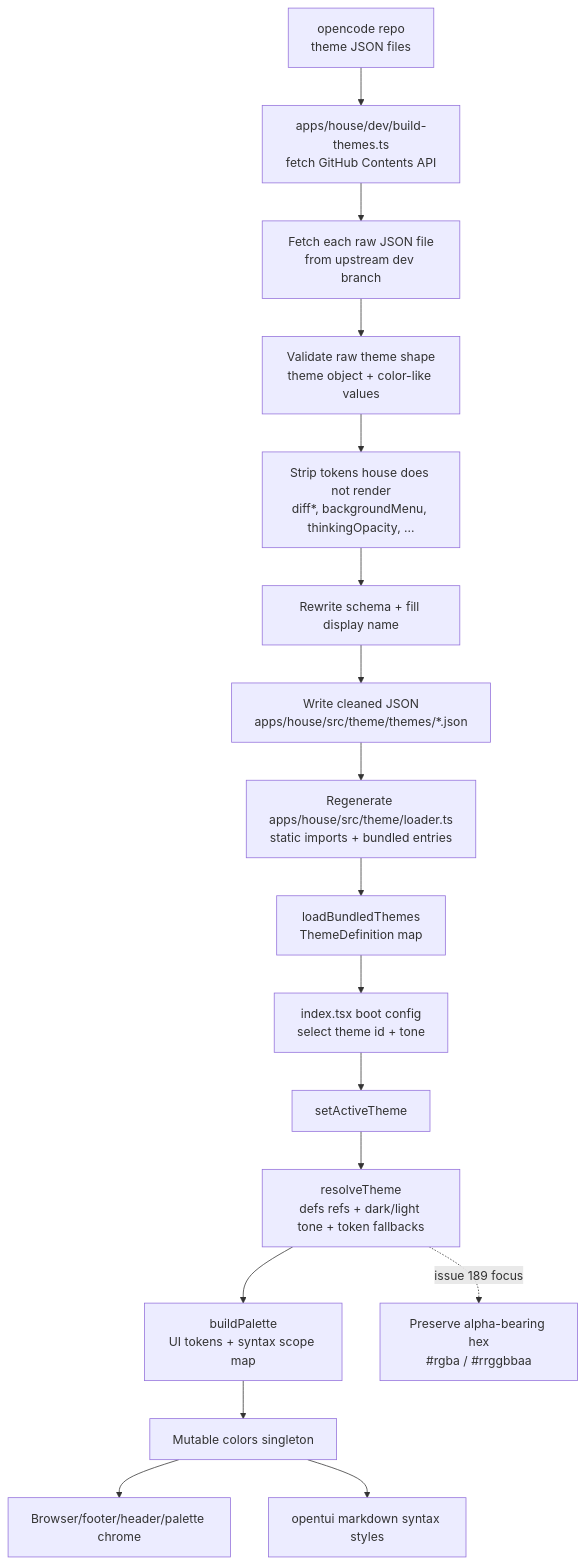
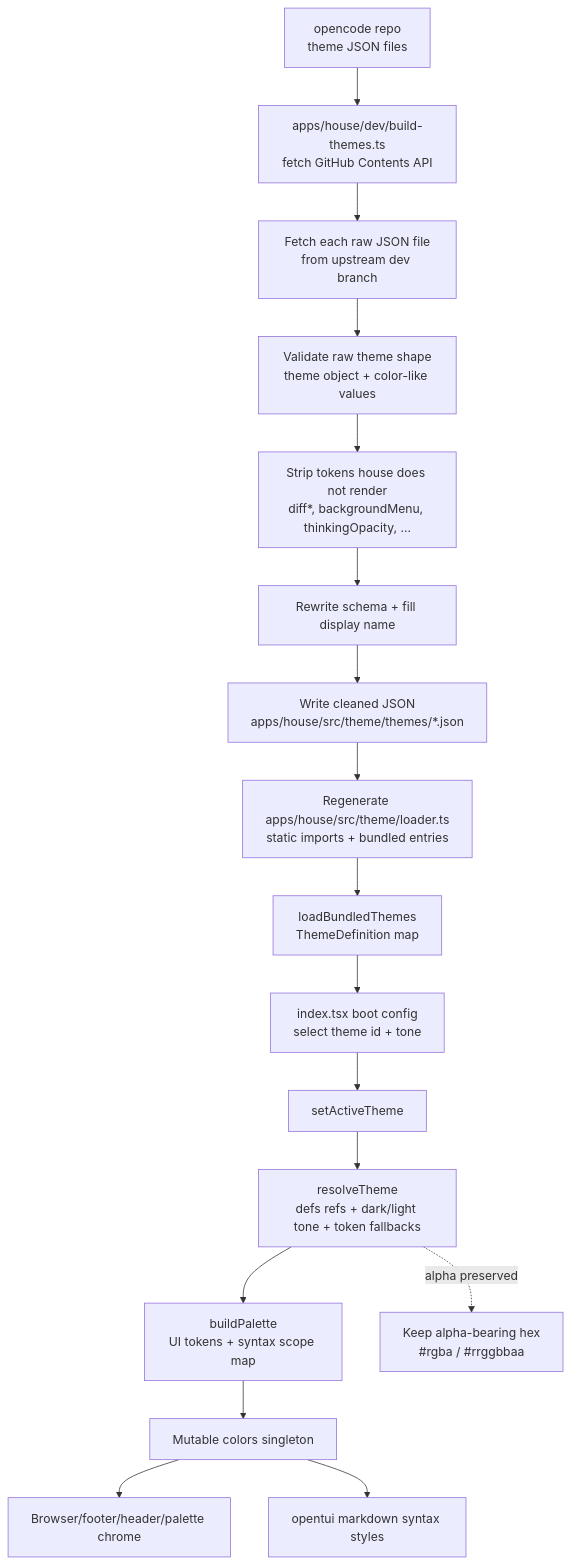
Before and after one commit to carlesandres/house: the diagram in docs/theme-palette-pipeline.md, drawn with Mermaid. The commit also changed other lines of this file and 4 other files, not shown here.

First line of the commit message:
fix: keep alpha in theme hex colours

````diff
--- a/docs/theme-palette-pipeline.md
+++ b/docs/theme-palette-pipeline.md
@@ -11,20 +11,20 @@
 ```mermaid
 flowchart TD
 	A[opencode repo<br/>theme JSON files] --> B[apps/house/dev/build-themes.ts<br/>fetch GitHub Contents API]
 	B --> C[Fetch each raw JSON file<br/>from upstream dev branch]
 	C --> D[Validate raw theme shape<br/>theme object + color-like values]
 	D --> E[Strip tokens house does not render<br/>diff*, backgroundMenu, thinkingOpacity, ...]
 	E --> F[Rewrite schema + fill display name]
 	F --> G[Write cleaned JSON<br/>apps/house/src/theme/themes/*.json]
 	G --> H[Regenerate apps/house/src/theme/loader.ts<br/>static imports + bundled entries]
 	H --> I[loadBundledThemes<br/>ThemeDefinition map]
 	I --> J[index.tsx boot config<br/>select theme id + tone]
 	J --> K[setActiveTheme]
 	K --> L[resolveTheme<br/>defs refs + dark/light tone + token fallbacks]
 	L --> M[buildPalette<br/>UI tokens + syntax scope map]
 	M --> N[Mutable colors singleton]
 	N --> O[Browser/footer/header/palette chrome]
 	N --> P[opentui markdown syntax styles]
 
-	L -. "issue 189 focus" .-> Q[Preserve alpha-bearing hex<br/>#rgba / #rrggbbaa]
+	L -. "alpha preserved" .-> Q[Keep alpha-bearing hex<br/>#rgba / #rrggbbaa]
 ```
````
